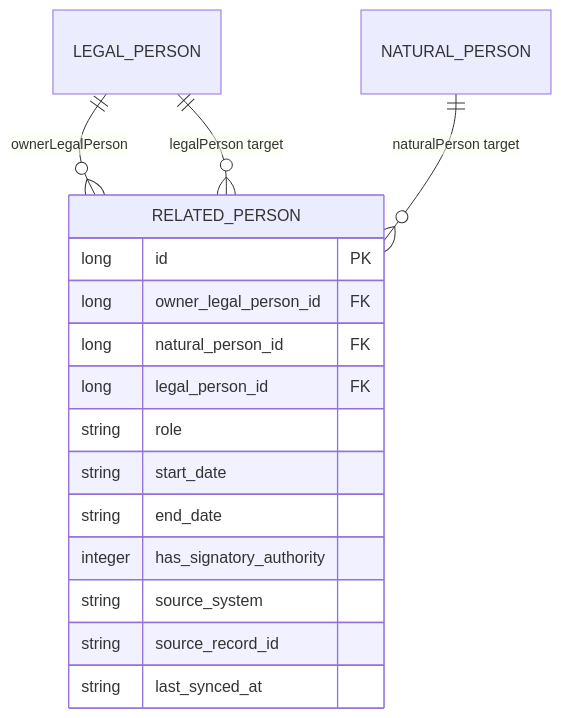
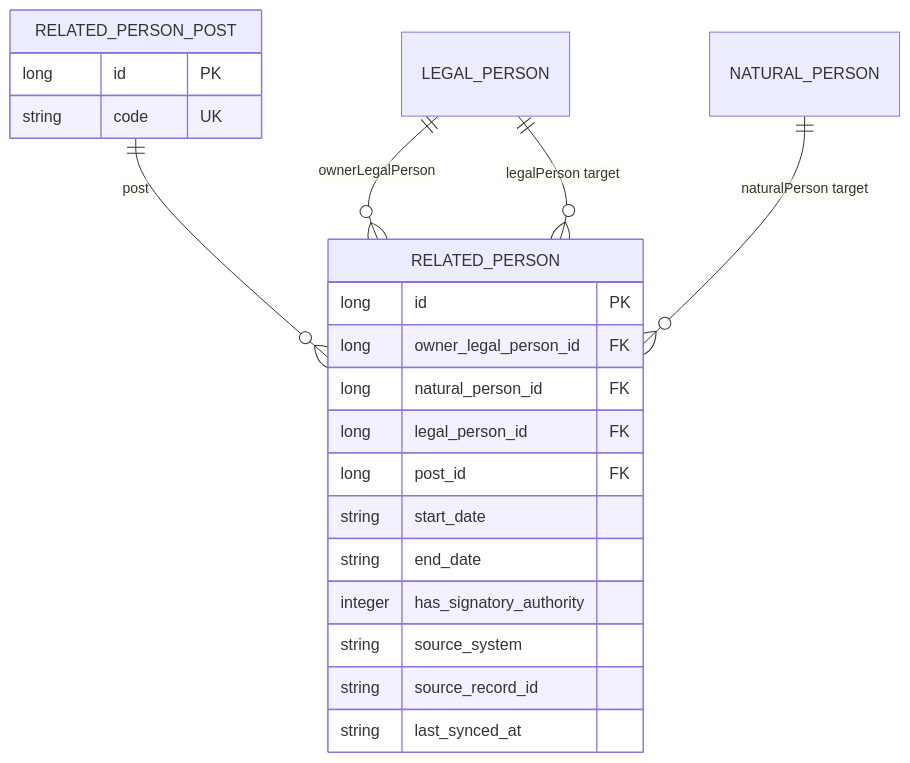
The diagram in docs/technical/related-persons.md (mohamamdsajadi/VosolMaliat), drawn with Mermaid before and after one commit. The commit also changed other lines of this file and 14 other files, not shown here.

Commit message:
refactor related person posts

````diff
--- a/docs/technical/related-persons.md
+++ b/docs/technical/related-persons.md
@@ -13,20 +13,26 @@
 ```mermaid
 erDiagram
     LEGAL_PERSON ||--o{ RELATED_PERSON : "ownerLegalPerson"
+    RELATED_PERSON_POST ||--o{ RELATED_PERSON : "post"
     NATURAL_PERSON ||--o{ RELATED_PERSON : "naturalPerson target"
     LEGAL_PERSON ||--o{ RELATED_PERSON : "legalPerson target"
 
     RELATED_PERSON {
         long id PK
         long owner_legal_person_id FK
         long natural_person_id FK
         long legal_person_id FK
-        string role
+        long post_id FK
         string start_date
         string end_date
         integer has_signatory_authority
         string source_system
         string source_record_id
         string last_synced_at
     }
+
+    RELATED_PERSON_POST {
+        long id PK
+        string code UK
+    }
 ```
````
